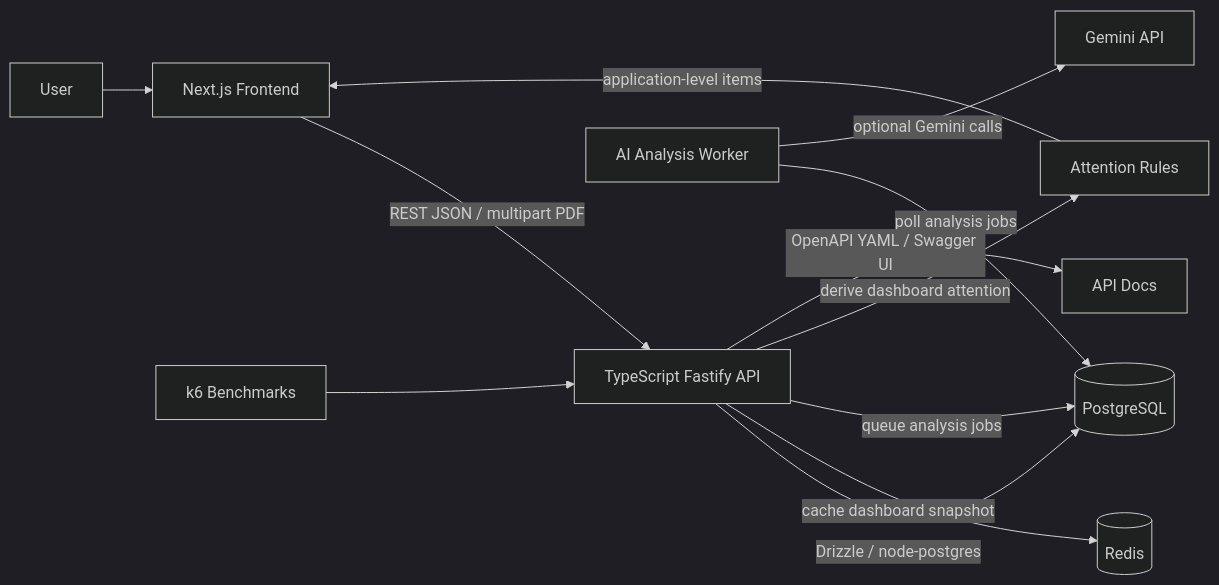
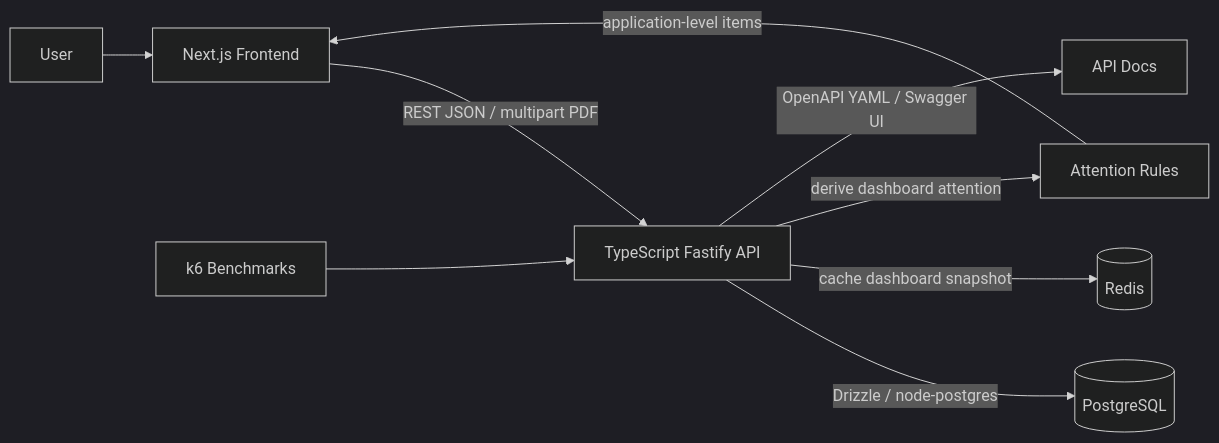
The diagram in docs/reference/architecture.md (tiongMax/career-os), drawn with Mermaid (dark theme) before and after one commit. The commit also changed other lines of this file and 47 other files, not shown here.

````diff
--- a/docs/reference/architecture.md
+++ b/docs/reference/architecture.md
@@ -78,14 +77,11 @@
 ```mermaid
 flowchart LR
   User[User] --> UI[Next.js Frontend]
   UI -->|REST JSON / multipart PDF| API[TypeScript Fastify API]
   API -->|Drizzle / node-postgres| DB[(PostgreSQL)]
   API -->|cache dashboard snapshot| Redis[(Redis)]
-  API -->|queue analysis jobs| DB
   API -->|derive dashboard attention| Attention[Attention Rules]
   Attention -->|application-level items| UI
-  Worker[AI Analysis Worker] -->|poll analysis jobs| DB
-  Worker -->|optional Gemini calls| Gemini[Gemini API]
   API -->|OpenAPI YAML / Swagger UI| Docs[API Docs]
   Bench[k6 Benchmarks] --> API
 ```
````
